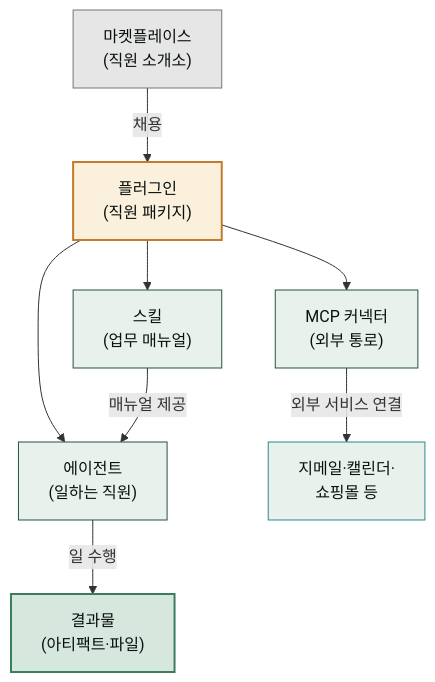
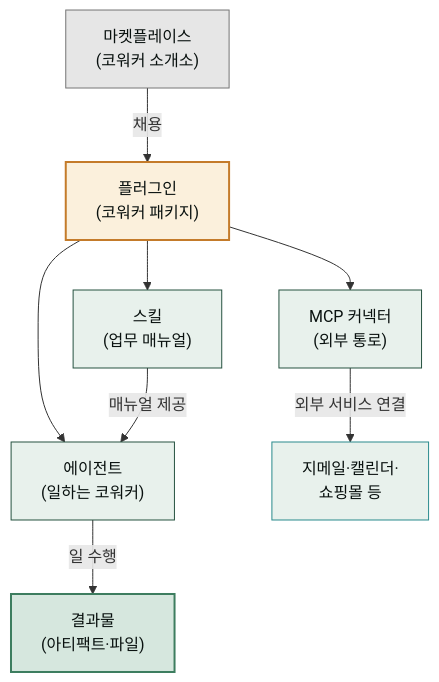
The diagram in www/content/getting-started/concepts.md (modu-ai/cowork-plugins), drawn with Mermaid before and after one commit. The commit also changed other lines of this file and 152 other files, not shown here.

````diff
--- a/www/content/getting-started/concepts.md
+++ b/www/content/getting-started/concepts.md
@@ -91,18 +91,18 @@
 ```mermaid
 flowchart TD
-   M["마켓플레이스<br/>(직원 소개소)"] -->|채용| P["플러그인<br/>(직원 패키지)"]
+   M["마켓플레이스<br/>(코워커 소개소)"] -->|채용| P["플러그인<br/>(코워커 패키지)"]
    P --> S["스킬<br/>(업무 매뉴얼)"]
-   P --> A["에이전트<br/>(일하는 직원)"]
+   P --> A["에이전트<br/>(일하는 코워커)"]
    P --> C["MCP 커넥터<br/>(외부 통로)"]
    S -->|매뉴얼 제공| A
    C -->|외부 서비스 연결| E["지메일·캘린더·<br/>쇼핑몰 등"]
    A -->|일 수행| R["결과물<br/>(아티팩트·파일)"]
 
    style M fill:#e6e6e6,stroke:#757575,color:#09110f
    style P fill:#fbf0dc,stroke:#c47b2a,stroke-width:2px,color:#09110f
    style S fill:#e8f1ec,stroke:#265240,color:#09110f
    style A fill:#e8f1ec,stroke:#265240,color:#09110f
    style C fill:#e8f1ec,stroke:#265240,color:#09110f
    style E fill:#e8f1ec,stroke:#2a8a8c,color:#09110f
    style R fill:#d6e7de,stroke:#3d7d5f,stroke-width:2px,color:#09110f
 ```
````
